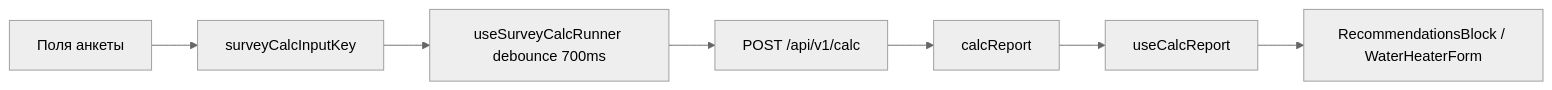
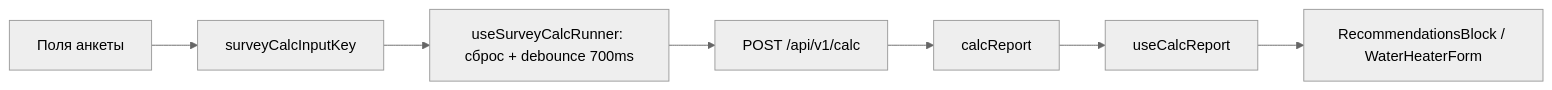
The diagram in docs/frontend-calc-runner.md (MichaelPopov62/heating-equipment-selection-service), drawn with Mermaid (neutral theme) before and after one commit. The commit also changed other lines of this file and 41 other files, not shown here.

````diff
--- a/docs/frontend-calc-runner.md
+++ b/docs/frontend-calc-runner.md
@@ -54,9 +54,9 @@
 ```mermaid
 flowchart LR
   Form[Поля анкеты] --> Key[surveyCalcInputKey]
-  Key --> Hook[useSurveyCalcRunner debounce 700ms]
+  Key --> Hook[useSurveyCalcRunner: сброс + debounce 700ms]
   Hook --> API[POST /api/v1/calc]
   API --> Report[calcReport]
   Report --> Parse[useCalcReport]
   Parse --> UI[RecommendationsBlock / WaterHeaterForm]
 ```
````
